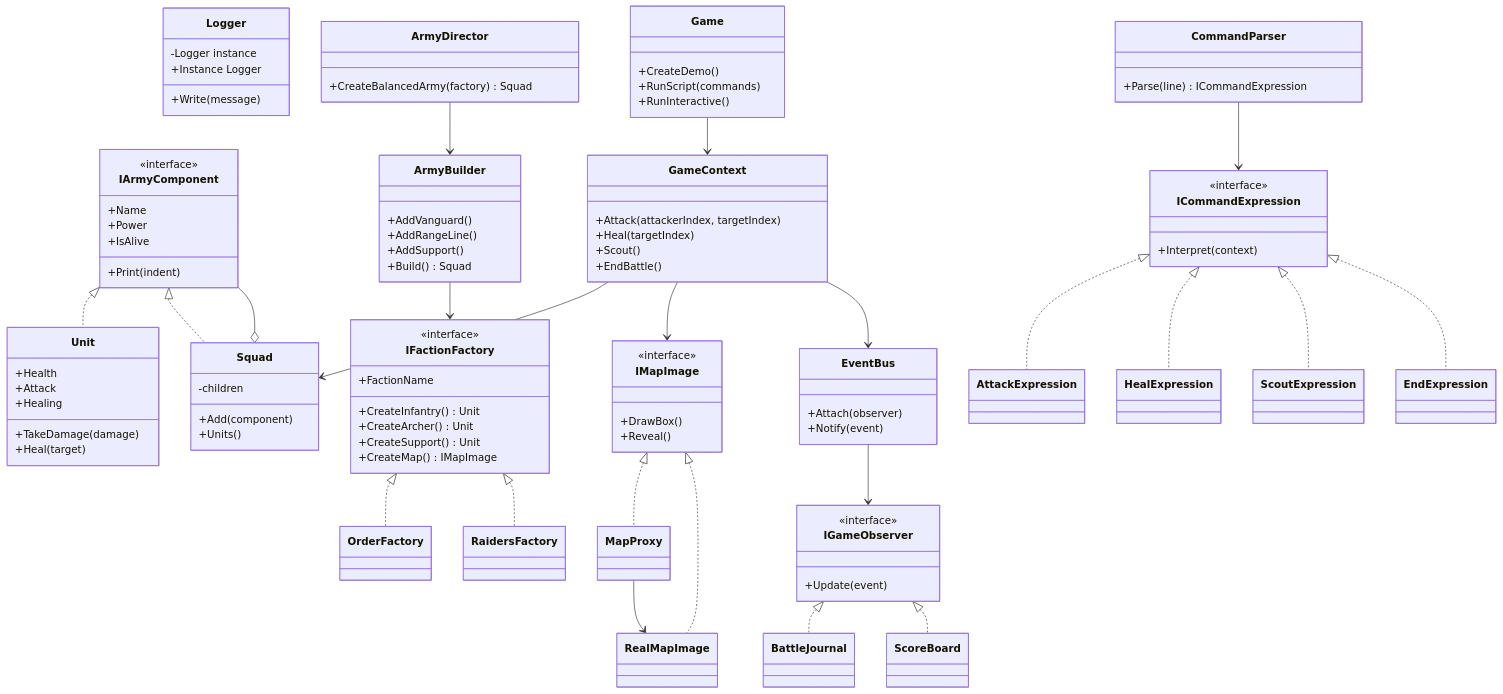
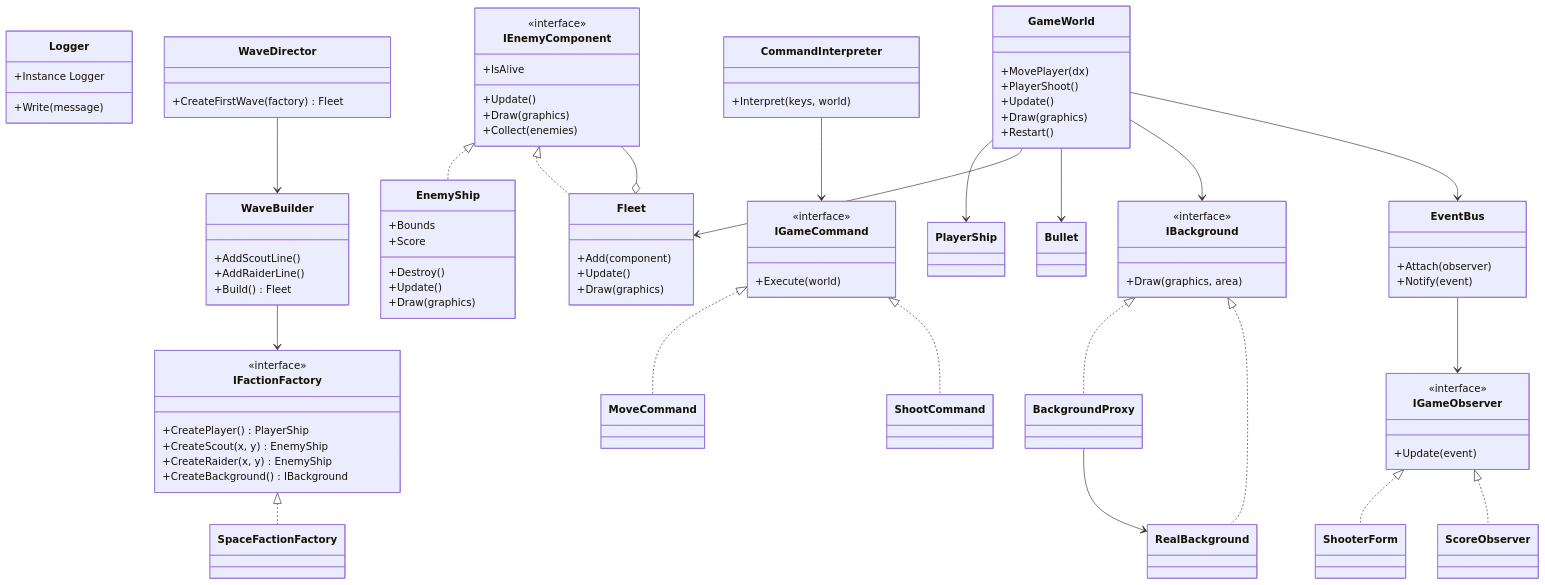
Before and after one commit to blade-runerr/huinya-izpod-konya: the first of 2 diagrams in REPORT.md, drawn with Mermaid. The commit also changed other lines of this file and 4 other files, not shown here.

````diff
--- a/REPORT.md
+++ b/REPORT.md
@@ -38,86 +42,76 @@
 ```mermaid
 classDiagram
     class Logger {
-        -Logger instance
         +Instance Logger
         +Write(message)
     }
 
     class IFactionFactory {
         <<interface>>
-        +FactionName
-        +CreateInfantry() Unit
-        +CreateArcher() Unit
-        +CreateSupport() Unit
-        +CreateMap() IMapImage
+        +CreatePlayer() PlayerShip
+        +CreateScout(x, y) EnemyShip
+        +CreateRaider(x, y) EnemyShip
+        +CreateBackground() IBackground
     }
-    class OrderFactory
-    class RaidersFactory
-    IFactionFactory <|.. OrderFactory
-    IFactionFactory <|.. RaidersFactory
+    class SpaceFactionFactory
+    IFactionFactory <|.. SpaceFactionFactory
 
-    class IArmyComponent {
+    class WaveBuilder {
+        +AddScoutLine()
+        +AddRaiderLine()
+        +Build() Fleet
+    }
+    class WaveDirector {
+        +CreateFirstWave(factory) Fleet
+    }
+    WaveBuilder --> IFactionFactory
+    WaveDirector --> WaveBuilder
+
+    class IEnemyComponent {
         <<interface>>
-        +Name
-        +Power
         +IsAlive
-        +Print(indent)
+        +Update()
+        +Draw(graphics)
+        +Collect(enemies)
     }
-    class Unit {
-        +Health
-        +Attack
-        +Healing
-        +TakeDamage(damage)
-        +Heal(target)
+    class EnemyShip {
+        +Bounds
+        +Score
+        +Destroy()
+        +Update()
+        +Draw(graphics)
     }
-    class Squad {
-        -children
+    class Fleet {
         +Add(component)
-        +Units()
+        +Update()
+        +Draw(graphics)
     }
-    IArmyComponent <|.. Unit
-    IArmyComponent <|.. Squad
-    Squad o-- IArmyComponent
+    IEnemyComponent <|.. EnemyShip
+    IEnemyComponent <|.. Fleet
+    Fleet o-- IEnemyComponent
 
-    class ArmyBuilder {
-        +AddVanguard()
-        +AddRangeLine()
-        +AddSupport()
-        +Build() Squad
+    class IBackground {
+        <<interface>>
+        +Draw(graphics, area)
     }
-    class ArmyDirector {
-        +CreateBalancedArmy(factory) Squad
+    class BackgroundProxy
+    class RealBackground
+    IBackground <|.. BackgroundProxy
+    IBackground <|.. RealBackground
+    BackgroundProxy --> RealBackground
+
+    class CommandInterpreter {
+        +Interpret(keys, world)
     }
-    ArmyBuilder --> IFactionFactory
-    ArmyDirector --> ArmyBuilder
-
-    class IMapImage {
+    class IGameCommand {
         <<interface>>
-        +DrawBox()
-        +Reveal()
+        +Execute(world)
     }
-    class MapProxy
-    class RealMapImage
-    IMapImage <|.. MapProxy
-    IMapImage <|.. RealMapImage
-    MapProxy --> RealMapImage
-
-    class ICommandExpression {
-        <<interface>>
-        +Interpret(context)
-    }
-    class CommandParser {
-        +Parse(line) ICommandExpression
-    }
-    class AttackExpression
-    class HealExpression
-    class ScoutExpression
-    class EndExpression
-    ICommandExpression <|.. AttackExpression
-    ICommandExpression <|.. HealExpression
-    ICommandExpression <|.. ScoutExpression
-    ICommandExpression <|.. EndExpression
-    CommandParser --> ICommandExpression
+    class MoveCommand
+    class ShootCommand
+    IGameCommand <|.. MoveCommand
+    IGameCommand <|.. ShootCommand
+    CommandInterpreter --> IGameCommand
 
     class EventBus {
         +Attach(observer)
@@ -127,25 +121,24 @@
         <<interface>>
         +Update(event)
     }
-    class BattleJournal
-    class ScoreBoard
-    IGameObserver <|.. BattleJournal
-    IGameObserver <|.. ScoreBoard
+    class ShooterForm
+    class ScoreObserver
+    IGameObserver <|.. ShooterForm
+    IGameObserver <|.. ScoreObserver
     EventBus --> IGameObserver
 
-    class GameContext {
-        +Attack(attackerIndex, targetIndex)
-        +Heal(targetIndex)
-        +Scout()
-        +EndBattle()
+    class GameWorld {
+        +MovePlayer(dx)
+        +PlayerShoot()
+        +Update()
+        +Draw(graphics)
+        +Restart()
     }
-    class Game {
-        +CreateDemo()
-        +RunScript(commands)
-        +RunInteractive()
-    }
-    Game --> GameContext
-    GameContext --> Squad
-    GameContext --> IMapImage
-    GameContext --> EventBus
+    class PlayerShip
+    class Bullet
+    GameWorld --> PlayerShip
+    GameWorld --> Fleet
+    GameWorld --> Bullet
+    GameWorld --> IBackground
+    GameWorld --> EventBus
 ```
````
